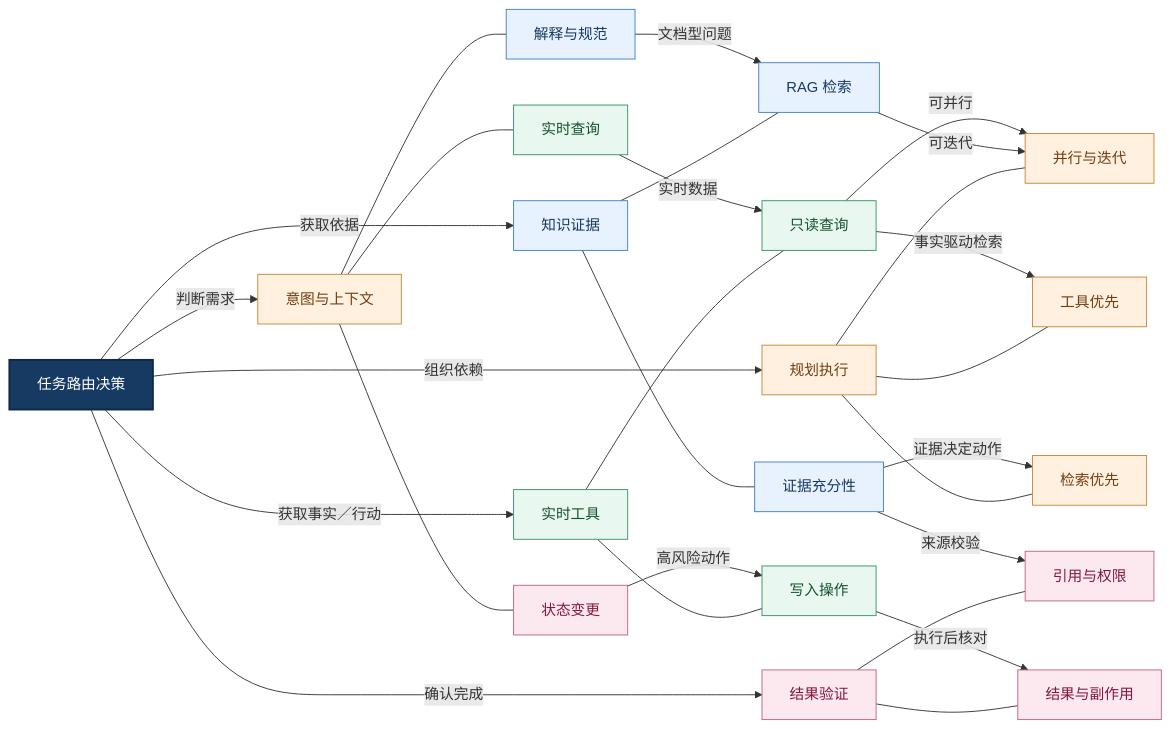
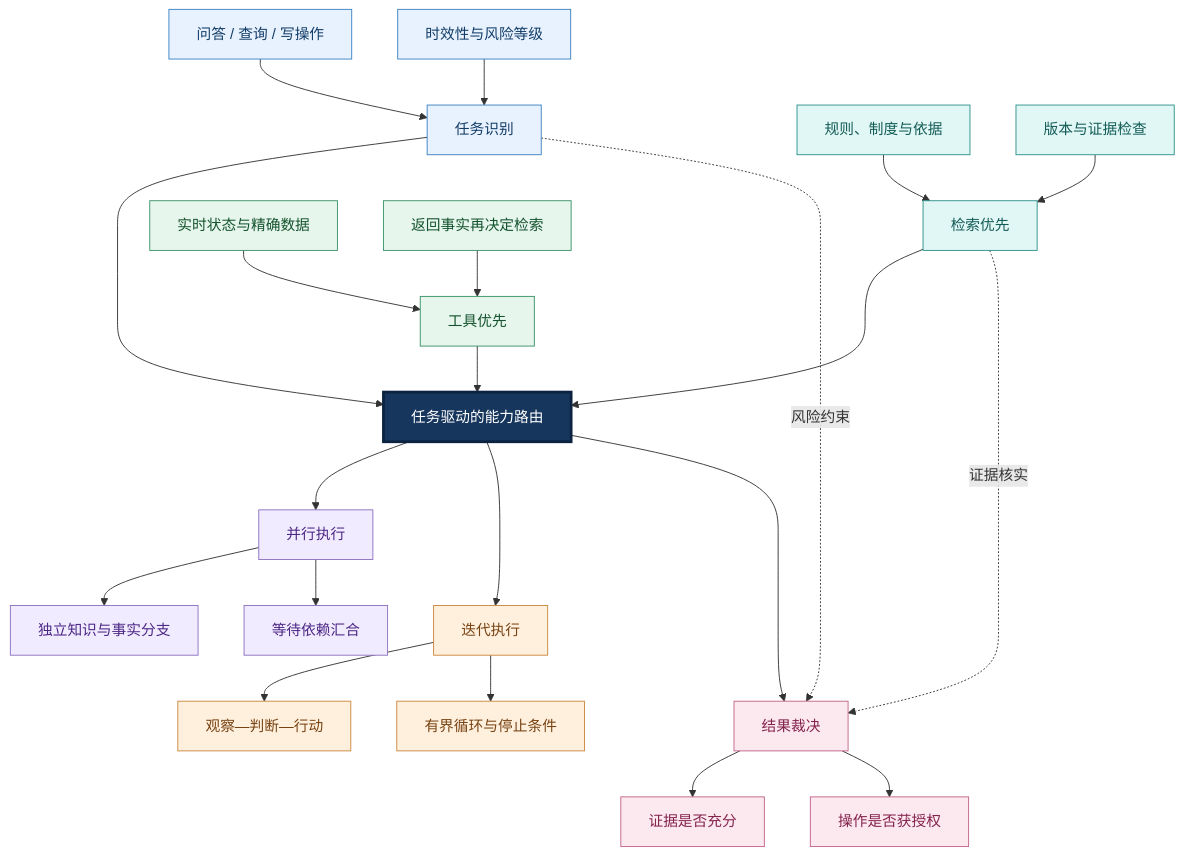
Before and after one commit to shufu151/Agent-Engineering-Handbook: the fourth of 7 diagrams in 05-Agent-Knowledge-and-Tools/README.md, drawn with Mermaid. The commit also changed other lines of this file, not shown here.

````diff
--- a/05-Agent-Knowledge-and-Tools/README.md
+++ b/05-Agent-Knowledge-and-Tools/README.md
@@ -219,58 +234,60 @@
 ```mermaid
-flowchart LR
-    C["任务路由决策"]
-    U["意图与上下文"]
-    K["知识证据"]
-    T["实时工具"]
-    P["规划执行"]
-    V["结果验证"]
-    U1["解释与规范"]
-    U2["实时查询"]
-    U3["状态变更"]
-    K1["RAG 检索"]
-    K2["证据充分性"]
-    T1["只读查询"]
-    T2["写入操作"]
-    P1["检索优先"]
-    P2["工具优先"]
-    P3["并行与迭代"]
-    V1["引用与权限"]
-    V2["结果与副作用"]
-    C -->|判断需求| U
-    C -->|获取依据| K
-    C -->|获取事实／行动| T
-    C -->|组织依赖| P
-    C -->|确认完成| V
-    U --- U1
-    U --- U2
-    U --- U3
-    K --- K1
-    K --- K2
-    T --- T1
-    T --- T2
-    P --- P1
-    P --- P2
-    P --- P3
-    V --- V1
-    V --- V2
-    U1 -->|文档型问题| K1
-    U2 -->|实时数据| T1
-    U3 -->|高风险动作| T2
-    K2 -->|证据决定动作| P1
-    T1 -->|事实驱动检索| P2
-    K1 -->|可迭代| P3
-    T1 -->|可并行| P3
-    T2 -->|执行后核对| V2
-    K2 -->|来源校验| V1
-    classDef core fill:#163a62,stroke:#0d2744,color:#fff,stroke-width:2px
-    classDef know fill:#e8f2ff,stroke:#3b82c4,color:#163a62
-    classDef tool fill:#e8f7ef,stroke:#389268,color:#14532d
-    classDef control fill:#fff0df,stroke:#c78535,color:#713f12
-    classDef guard fill:#fce8ef,stroke:#bf6284,color:#831843
-    classDef result fill:#f0eaff,stroke:#8b6dbb,color:#4c1d95
-    class C core
-    class K,K1,K2,U1 know
-    class T,T1,T2,U2 tool
-    class U,P,P1,P2,P3 control
-    class V,V1,V2,U3 guard
+flowchart TB
+    ROOT["任务驱动的能力路由"]
+    RA["任务识别"]
+    RA1["问答 / 查询 / 写操作"]
+    RA2["时效性与风险等级"]
+    RB["检索优先"]
+    RB1["规则、制度与依据"]
+    RB2["版本与证据检查"]
+    RC["工具优先"]
+    RC1["实时状态与精确数据"]
+    RC2["返回事实再决定检索"]
+    RD["并行执行"]
+    RD1["独立知识与事实分支"]
+    RD2["等待依赖汇合"]
+    RE["迭代执行"]
+    RE1["观察—判断—行动"]
+    RE2["有界循环与停止条件"]
+    RF["结果裁决"]
+    RF1["证据是否充分"]
+    RF2["操作是否获授权"]
+    RA --> ROOT
+    RA1 --> RA
+    RA2 --> RA
+    RB --> ROOT
+    RB1 --> RB
+    RB2 --> RB
+    RC --> ROOT
+    RC1 --> RC
+    RC2 --> RC
+    ROOT --> RD
+    RD --> RD1
+    RD --> RD2
+    ROOT --> RE
+    RE --> RE1
+    RE --> RE2
+    ROOT --> RF
+    RF --> RF1
+    RF --> RF2
+    RA ~~~ RB
+    RB ~~~ RC
+    RD ~~~ RE
+    RE ~~~ RF
+    RA -. "风险约束" .-> RF
+    RB -. "证据核实" .-> RF
+    classDef core fill:#17365d,stroke:#0b2340,color:#ffffff,stroke-width:3px
+    classDef blue fill:#e8f2ff,stroke:#3b82c4,color:#123d67
+    classDef green fill:#e7f6ed,stroke:#389268,color:#14532d
+    classDef orange fill:#fff0de,stroke:#cb883e,color:#784313
+    classDef purple fill:#f1ebff,stroke:#8c71bf,color:#4c2785
+    classDef pink fill:#fce8ef,stroke:#c2648a,color:#84234d
+    classDef teal fill:#e1f7f5,stroke:#2d918b,color:#135b56
+    class ROOT core
+    class RA,RA1,RA2 blue
+    class RB,RB1,RB2 teal
+    class RC,RC1,RC2 green
+    class RD,RD1,RD2 purple
+    class RE,RE1,RE2 orange
+    class RF,RF1,RF2 pink
 ```
````
